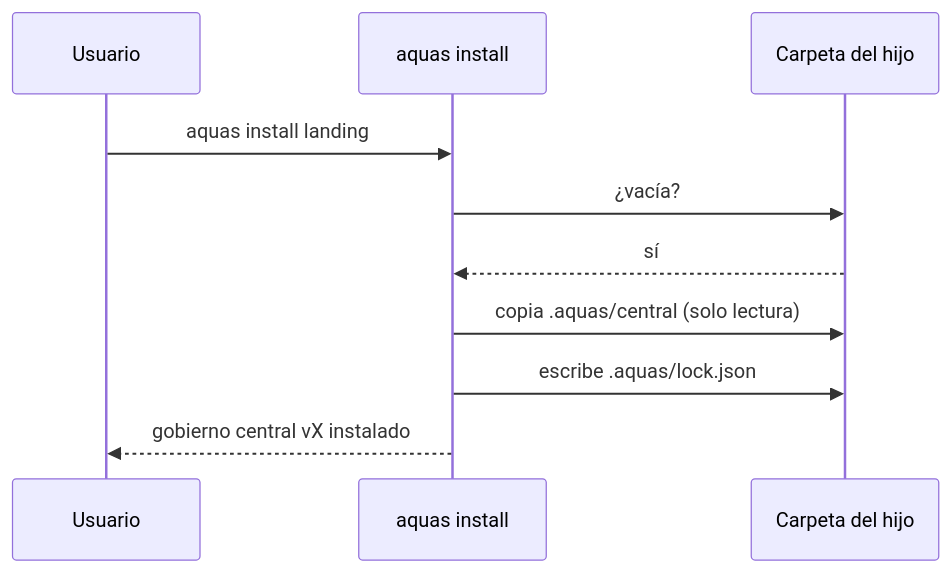
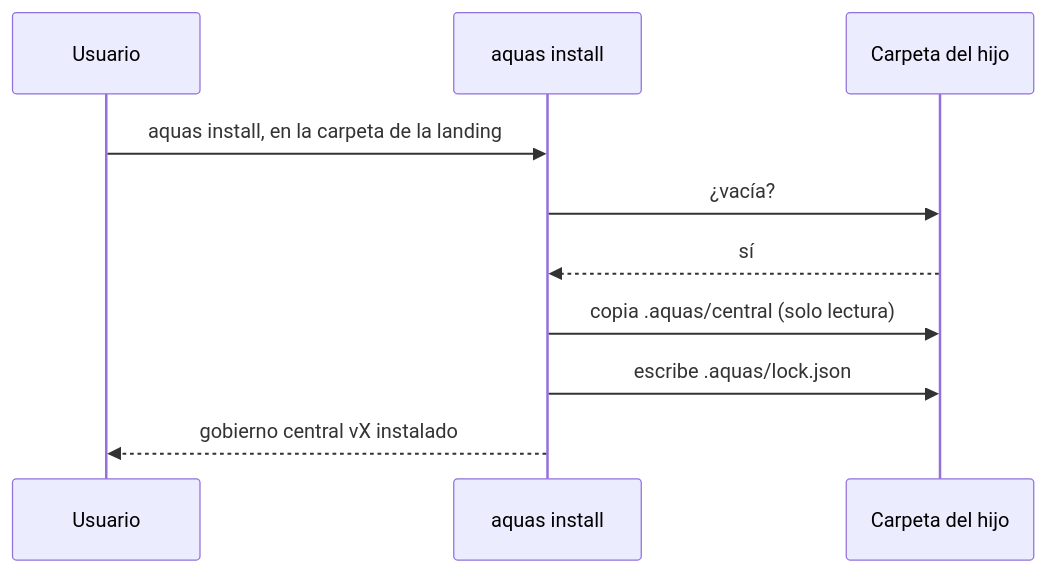
The diagram in docs/E002/F001/S001.md (jliberal-aquas/aquas-central-harness-government), drawn with Mermaid before and after one commit. The commit also changed other lines of this file and 15 other files, not shown here.

First line of the commit message:
E002/F002/S001: install y update corren en la carpeta del hijo y arman CLAUDE.md

````diff
--- a/docs/E002/F001/S001.md
+++ b/docs/E002/F001/S001.md
@@ -37,12 +37,12 @@
 ```mermaid
 sequenceDiagram
     participant U as Usuario
     participant A as aquas install
     participant H as Carpeta del hijo
-    U->>A: aquas install landing
+    U->>A: aquas install, en la carpeta de la landing
     A->>H: ¿vacía?
     H-->>A: sí
     A->>H: copia .aquas/central (solo lectura)
     A->>H: escribe .aquas/lock.json
     A-->>U: gobierno central vX instalado
 ```
````
